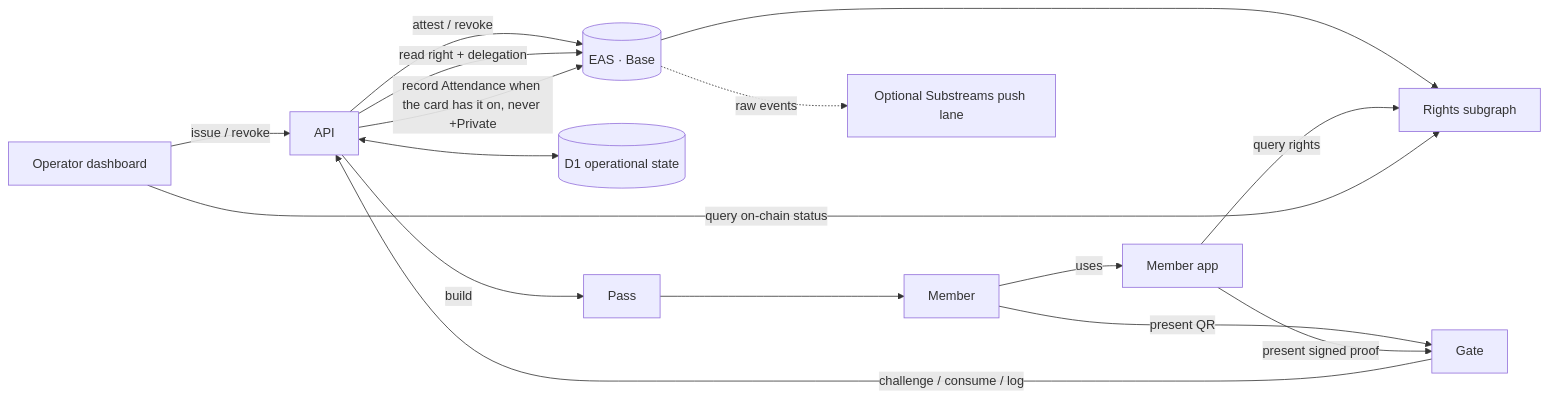
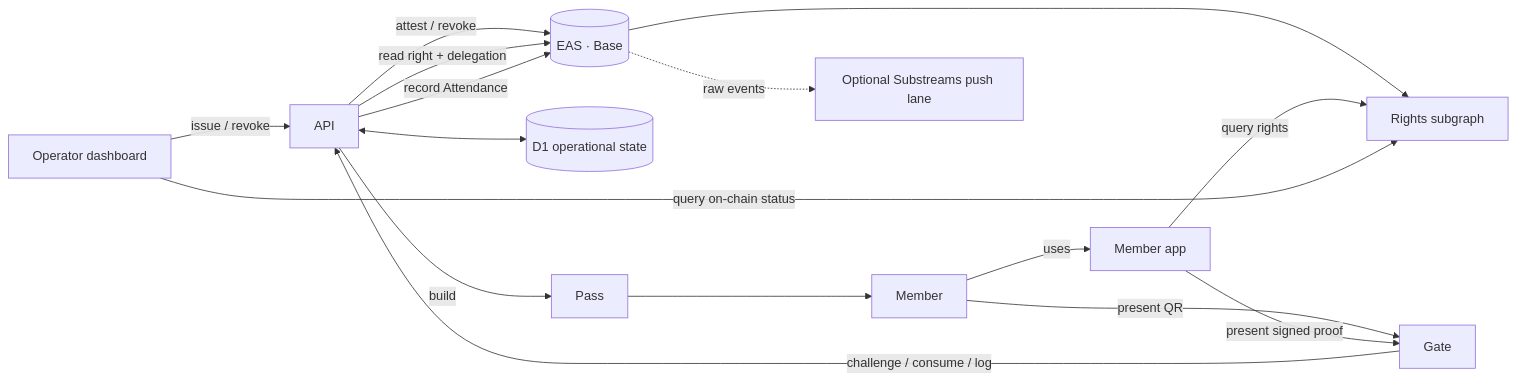
One commit to oboroxyz/fuda-sh changed the diagram in docs/architecture.md. Above: the diagram before and after it, drawn with Mermaid. The commit also changed 59 other files, not shown here.

````diff
--- a/docs/architecture.md
+++ b/docs/architecture.md
@@ -5,18 +5,18 @@
 ```mermaid
 flowchart LR
     D[Operator dashboard] -->|issue / revoke| API[API]
     API -->|attest / revoke| EAS[(EAS · Base)]
     API <--> D1[(D1 operational state)]
     API -->|build| P[Pass]
     P --> M[Member]
     M -->|present QR| G[Gate]
     M -->|uses| A[Member app]
     A -->|present signed proof| G
     EAS --> Q[Rights subgraph]
     A -->|query rights| Q
     D -->|query on-chain status| Q
     EAS -. raw events .-> S[Optional Substreams push lane]
     API -->|read right + delegation| EAS
     G -->|challenge / consume / log| API
-    API -->|record Attendance when the card has it on, never +Private| EAS
+    API -->|record Attendance| EAS
 ```
````
